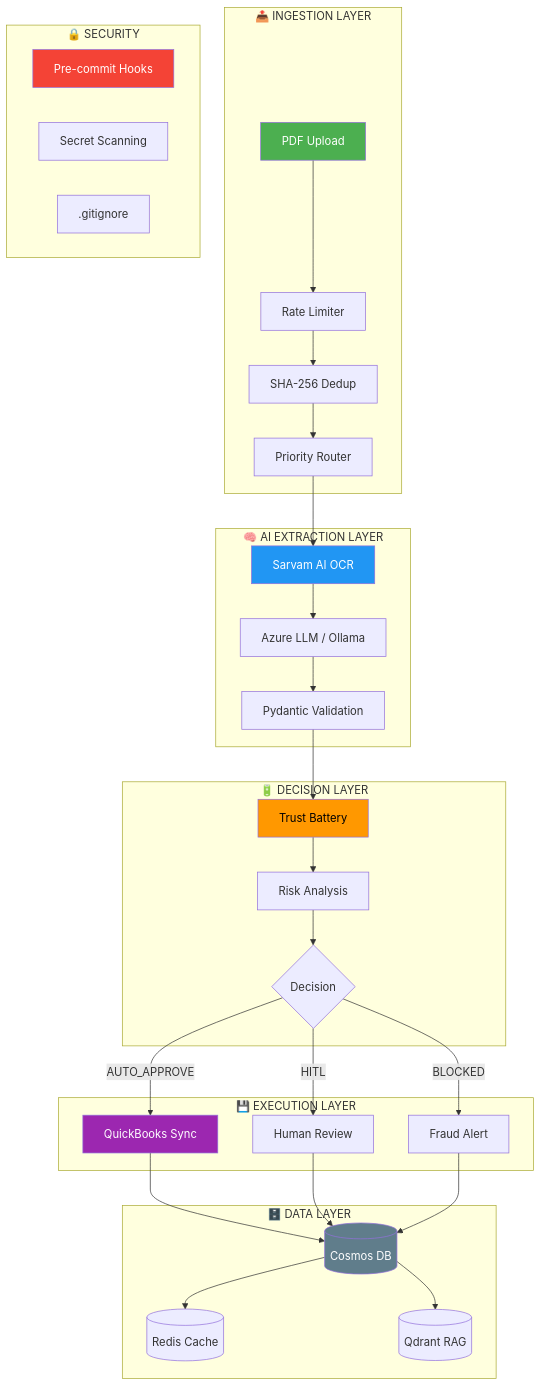
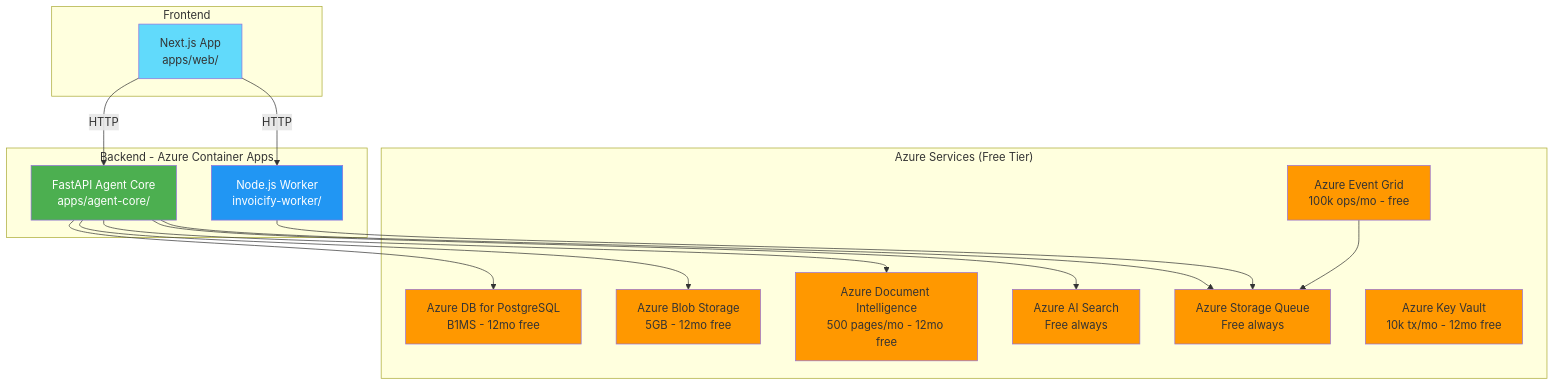
The first of 2 diagrams in README.md (Aparnap2/invoicify), drawn with Mermaid before and after one commit. The commit also changed other lines of this file and 1 other file, not shown here.

First line of the commit message:
docs: Update README and DEPLOY with current architecture

````diff
--- a/README.md
+++ b/README.md
@@ -41,47 +22,42 @@
 ```mermaid
 flowchart TB
-    subgraph "📤 INGESTION LAYER"
-        A[PDF Upload] --> B[Rate Limiter]
-        B --> C[SHA-256 Dedup]
-        C --> D[Priority Router]
+    subgraph "Frontend"
+        A[Next.js App<br/>apps/web/]
     end
     
-    subgraph "🧠 AI EXTRACTION LAYER"
-        D --> E[Sarvam AI OCR]
-        E --> F[Azure LLM / Ollama]
-        F --> G[Pydantic Validation]
+    subgraph "Backend - Azure Container Apps"
+        B[FastAPI Agent Core<br/>apps/agent-core/]
+        C[Node.js Worker<br/>invoicify-worker/]
     end
     
-    subgraph "🔋 DECISION LAYER"
-        G --> H[Trust Battery]
-        H --> I[Risk Analysis]
-        I --> J{Decision}
+    subgraph "Azure Services (Free Tier)"
+        D[Azure DB for PostgreSQL<br/>B1MS - 12mo free]
+        E[Azure Blob Storage<br/>5GB - 12mo free]
+        F[Azure Document Intelligence<br/>500 pages/mo - 12mo free]
+        G[Azure AI Search<br/>Free always]
+        H[Azure Storage Queue<br/>Free always]
+        I[Azure Event Grid<br/>100k ops/mo - free]
+        J[Azure Key Vault<br/>10k tx/mo - 12mo free]
     end
     
-    subgraph "💾 EXECUTION LAYER"
-        J -->|AUTO_APPROVE| K[QuickBooks Sync]
-        J -->|HITL| L[Human Review]
-        J -->|BLOCKED| M[Fraud Alert]
-    end
+    A -->|HTTP| B
+    A -->|HTTP| C
+    B --> D
+    B --> E
+    B --> F
+    B --> G
+    B --> H
+    C --> H
+    I --> H
     
-    subgraph "🗄️ DATA LAYER"
-        K --> N[(Cosmos DB)]
-        L --> N
-        M --> N
-        N --> O[(Redis Cache)]
-        N --> P[(Qdrant RAG)]
-    end
-    
-    subgraph "🔒 SECURITY"
-        Q[Pre-commit Hooks]
-        R[Secret Scanning]
-        S[.gitignore]
-    end
-    
-    style A fill:#4CAF50,color:#fff
-    style E fill:#2196F3,color:#fff
-    style H fill:#FF9800,color:#000
-    style K fill:#9C27B0,color:#fff
-    style N fill:#607D8B,color:#fff
-    style Q fill:#F44336,color:#fff
+    style A fill:#61DAFB
+    style B fill:#4CAF50,color:#fff
+    style C fill:#2196F3,color:#fff
+    style D fill:#FF9800
+    style E fill:#FF9800
+    style F fill:#FF9800
+    style G fill:#FF9800
+    style H fill:#FF9800
+    style I fill:#FF9800
+    style J fill:#FF9800
 ```
````
